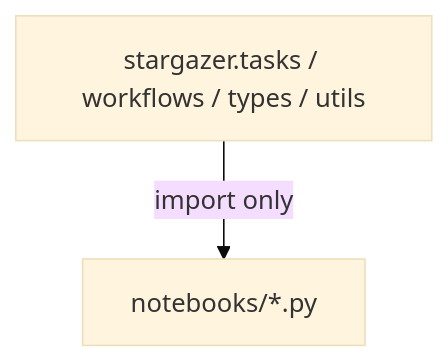
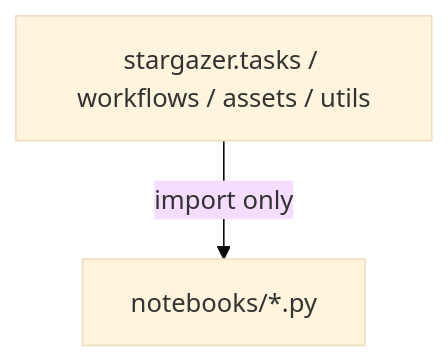
One commit to StargazerBio/stargazer changed the second of 2 diagrams in docs/architecture/notebook.md. Above: the diagram before and after it, drawn with Mermaid (base theme). The commit also changed other lines of this file and 17 other files, not shown here.

Commit message:
Added docs covering app and notebook architecture, new technical-writer agent, agent focused reference/architecture material for high-level but overly verbose reference material, docs consistency fixes throughout

````diff
--- a/docs/architecture/notebook.md
+++ b/docs/architecture/notebook.md
@@ -39,4 +90,4 @@
 ```mermaid
 flowchart TD
-    S[stargazer.tasks / workflows / types / utils] -->|import only| N[notebooks/*.py]
+    S[stargazer.tasks / workflows / assets / utils] -->|import only| N[notebooks/*.py]
 ```
````
